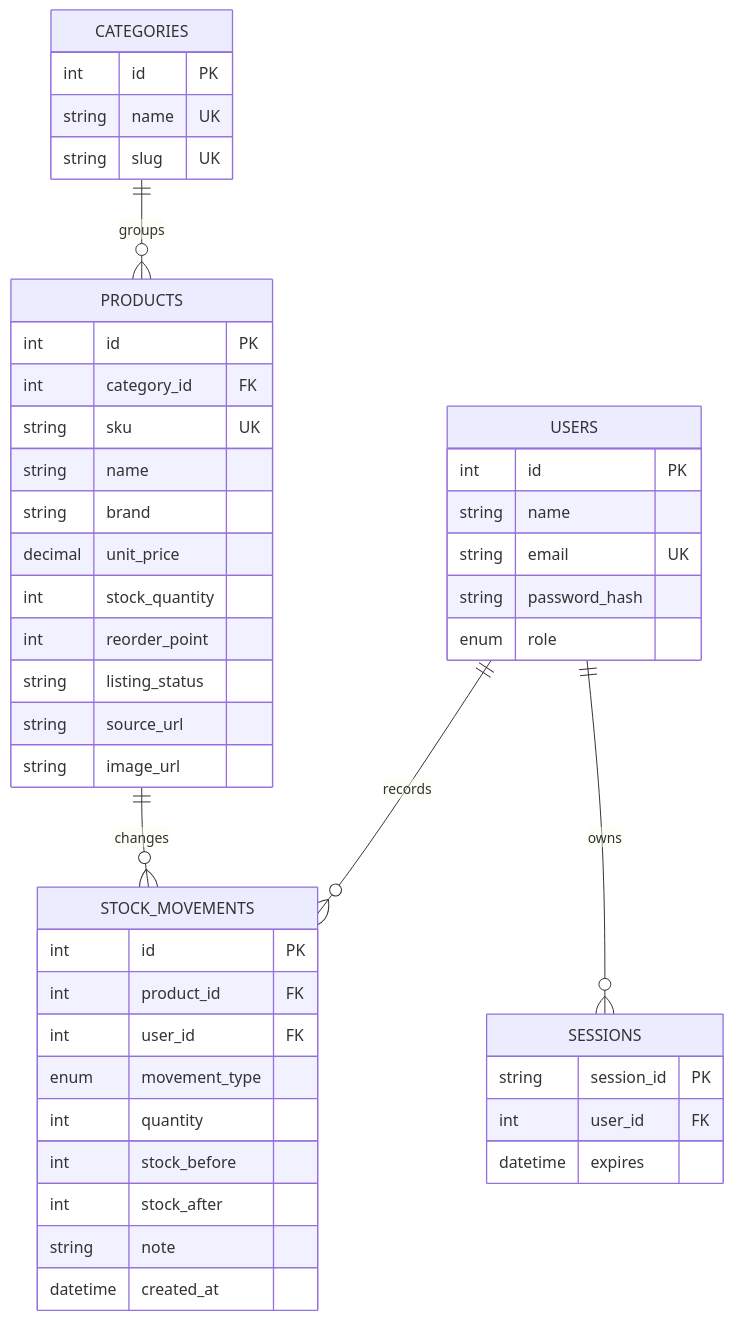
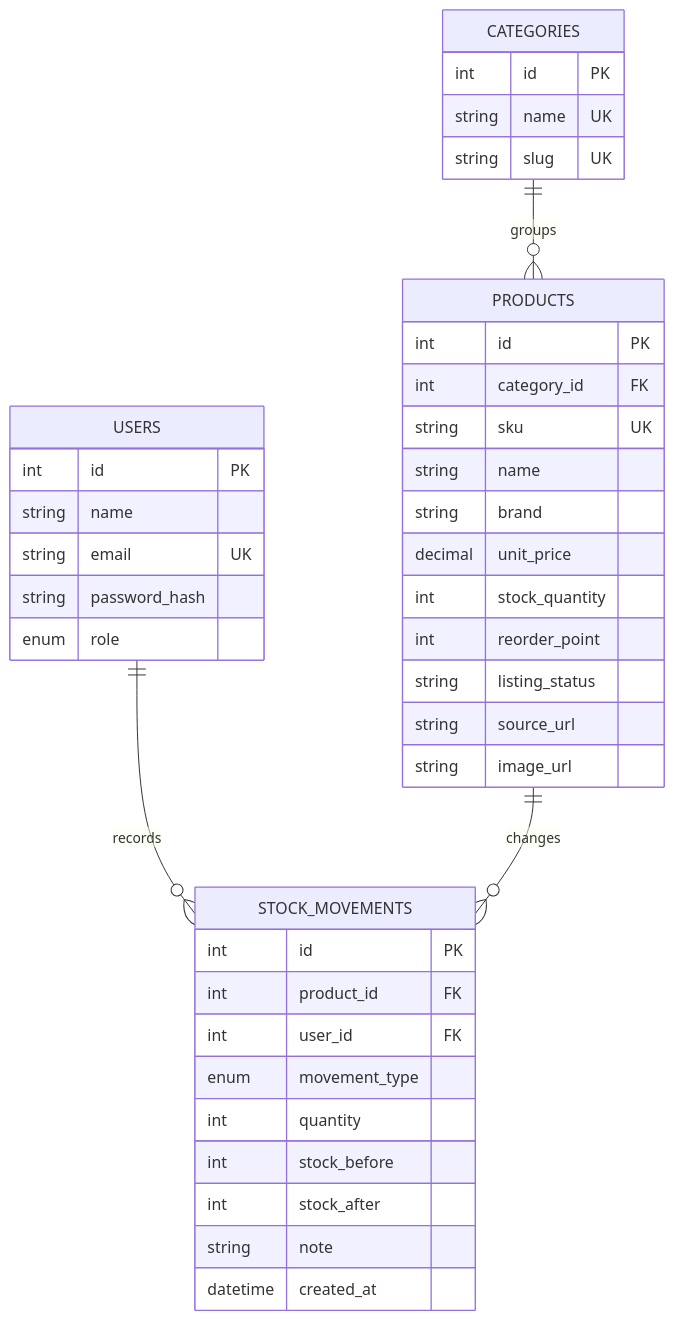
One commit to muhwal21/mechanical-keyboard-inventory changed the diagram in docs/erd.mmd. Above: the diagram before and after it, drawn with Mermaid. The commit also changed 37 other files, not shown here.

```diff
--- a/docs/erd.mmd
+++ b/docs/erd.mmd
@@ -1,47 +1,41 @@
 erDiagram
   USERS ||--o{ STOCK_MOVEMENTS : records
   PRODUCTS ||--o{ STOCK_MOVEMENTS : changes
   CATEGORIES ||--o{ PRODUCTS : groups
-  USERS ||--o{ SESSIONS : owns
 
   USERS {
     int id PK
     string name
     string email UK
     string password_hash
     enum role
   }
   CATEGORIES {
     int id PK
     string name UK
     string slug UK
   }
   PRODUCTS {
     int id PK
     int category_id FK
     string sku UK
     string name
     string brand
     decimal unit_price
     int stock_quantity
     int reorder_point
     string listing_status
     string source_url
     string image_url
   }
   STOCK_MOVEMENTS {
     int id PK
     int product_id FK
     int user_id FK
     enum movement_type
     int quantity
     int stock_before
     int stock_after
     string note
     datetime created_at
   }
-  SESSIONS {
-    string session_id PK
-    int user_id FK
-    datetime expires
-  }
```
